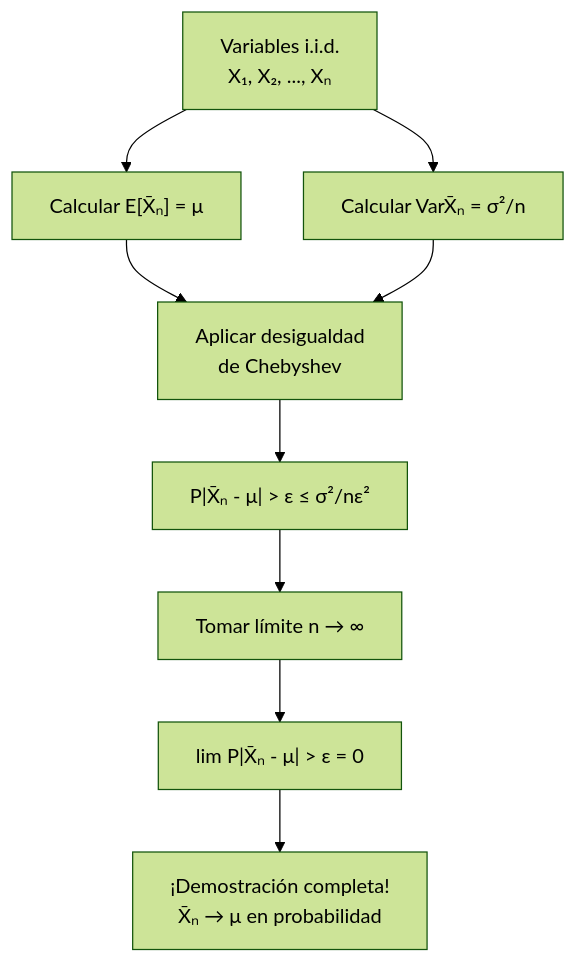
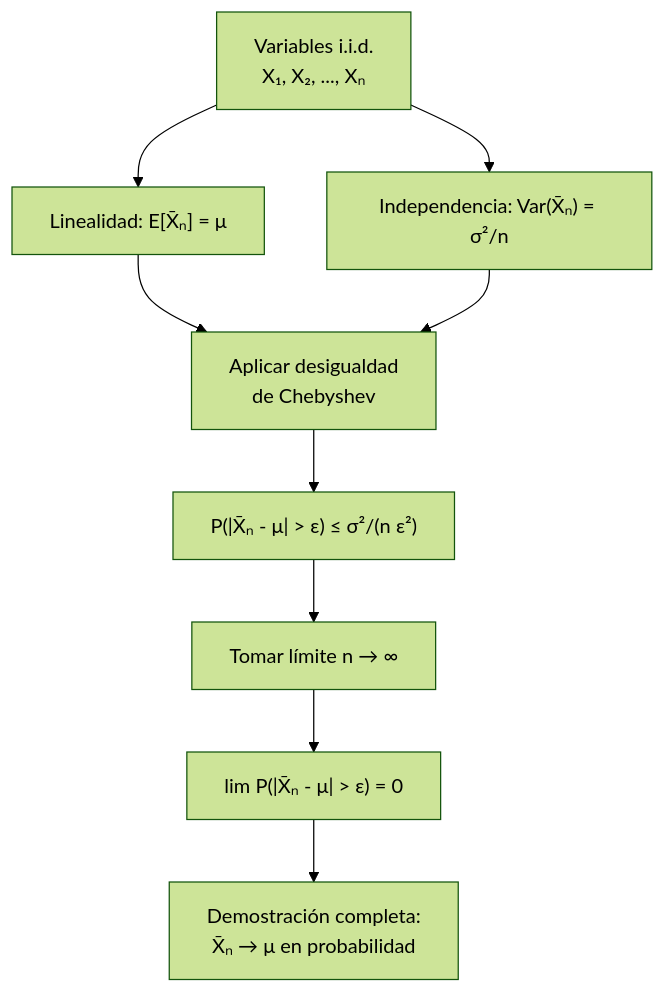
The diagram in public/documents/semester-3/4/3445.md (djaimej/computer-science-template), drawn with Mermaid (forest theme) before and after one commit. The commit also changed other lines of this file and 6 other files, not shown here.

````diff
--- a/public/documents/semester-3/4/3445.md
+++ b/public/documents/semester-3/4/3445.md
@@ -67,13 +77,13 @@
 ```mermaid
 flowchart TD
-    A[Variables i.i.d.<br>X₁, X₂, ..., Xₙ] --> B["Calcular E[X̄ₙ] = μ"]
-    A --> C[Calcular VarX̄ₙ = σ²/n]
+    A[Variables i.i.d.<br>X₁, X₂, ..., Xₙ] --> B["Linealidad: E[X̄ₙ] = μ"]
+    A --> C["Independencia: Var(X̄ₙ) = σ²/n"]
 
     B --> D[Aplicar desigualdad<br>de Chebyshev]
     C --> D
 
-    D --> E["P|X̄ₙ - μ| > ε ≤ σ²/nε²"]
+    D --> E["P(|X̄ₙ - μ| > ε) ≤ σ²/(n ε²)"]
     E --> F[Tomar límite n → ∞]
-    F --> G["lim P|X̄ₙ - μ| > ε = 0"]
-    G --> H[¡Demostración completa!<br>X̄ₙ → μ en probabilidad]
+    F --> G["lim P(|X̄ₙ - μ| > ε) = 0"]
+    G --> H[Demostración completa:<br>X̄ₙ → μ en probabilidad]
 ```
````
